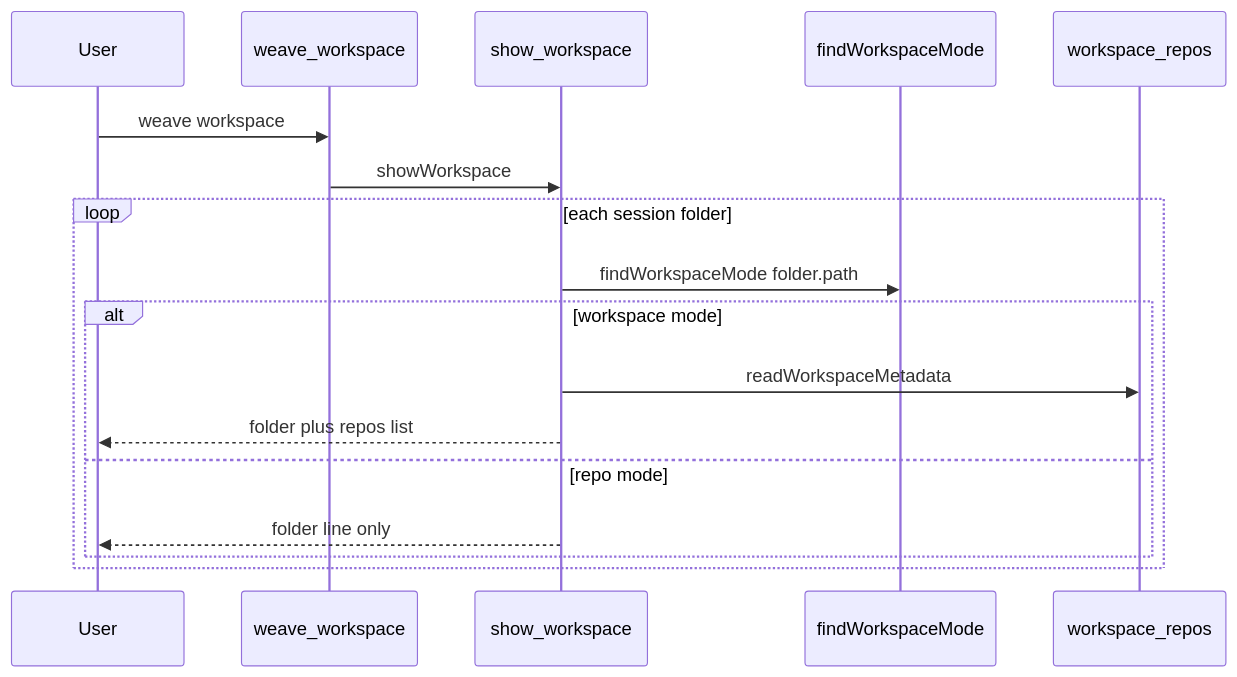
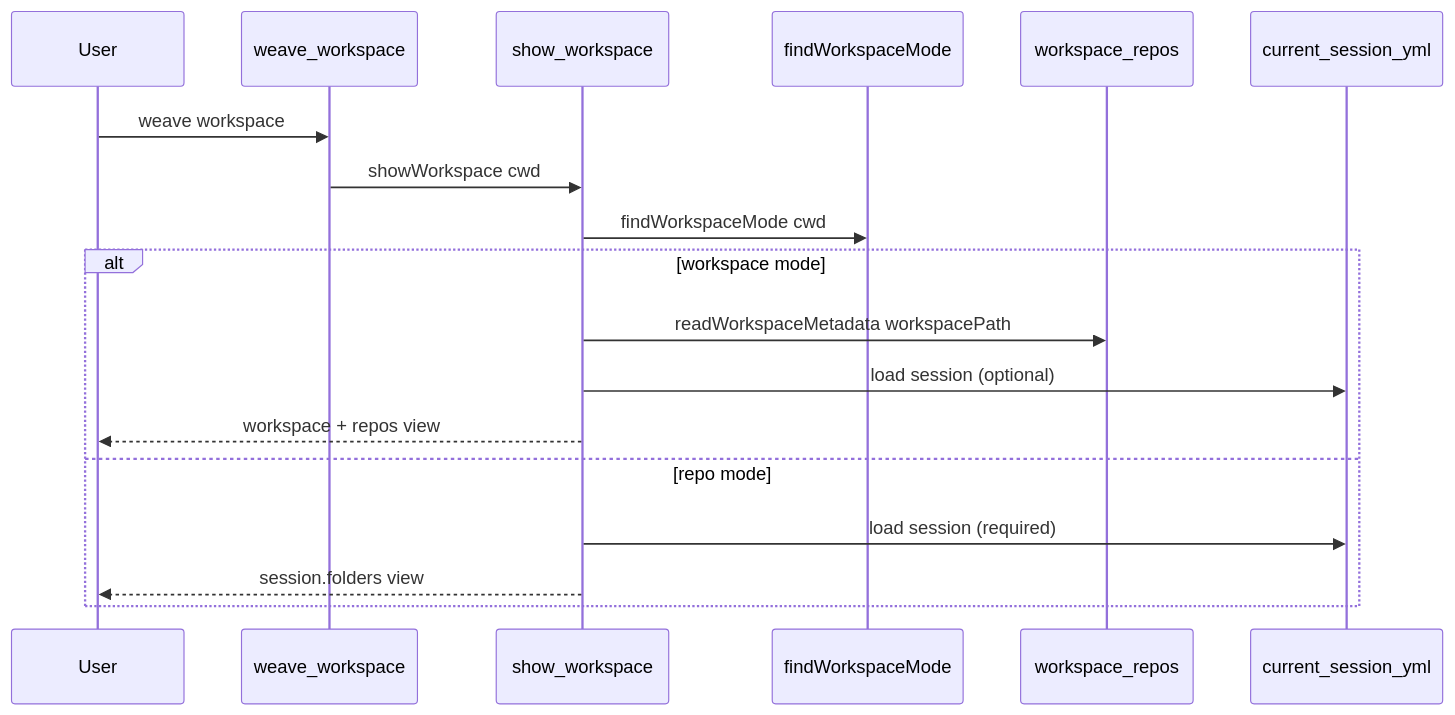
The second of 2 diagrams in wiki/changes/260604-2u05-add-a-repo-folder/architecture.md (arpit016/weave-it), drawn with Mermaid before and after one commit. The commit also changed other lines of this file and 16 other files, not shown here.

Commit message:
Added ability to add the repo folder

````diff
--- a/wiki/changes/260604-2u05-add-a-repo-folder/architecture.md
+++ b/wiki/changes/260604-2u05-add-a-repo-folder/architecture.md
@@ -184,20 +198,21 @@
 ```mermaid
 sequenceDiagram
   participant User
   participant WsCmd as weave_workspace
   participant Show as show_workspace
   participant Mode as findWorkspaceMode
   participant Repos as workspace_repos
+  participant Session as current_session_yml
 
   User->>WsCmd: weave workspace
-  WsCmd->>Show: showWorkspace
-  loop each session folder
-    Show->>Mode: findWorkspaceMode folder.path
-    alt workspace mode
-      Show->>Repos: readWorkspaceMetadata
-      Show-->>User: folder plus repos list
-    else repo mode
-      Show-->>User: folder line only
-    end
+  WsCmd->>Show: showWorkspace cwd
+  Show->>Mode: findWorkspaceMode cwd
+  alt workspace mode
+    Show->>Repos: readWorkspaceMetadata workspacePath
+    Show->>Session: load session (optional)
+    Show-->>User: workspace + repos view
+  else repo mode
+    Show->>Session: load session (required)
+    Show-->>User: session.folders view
   end
 ```
````
